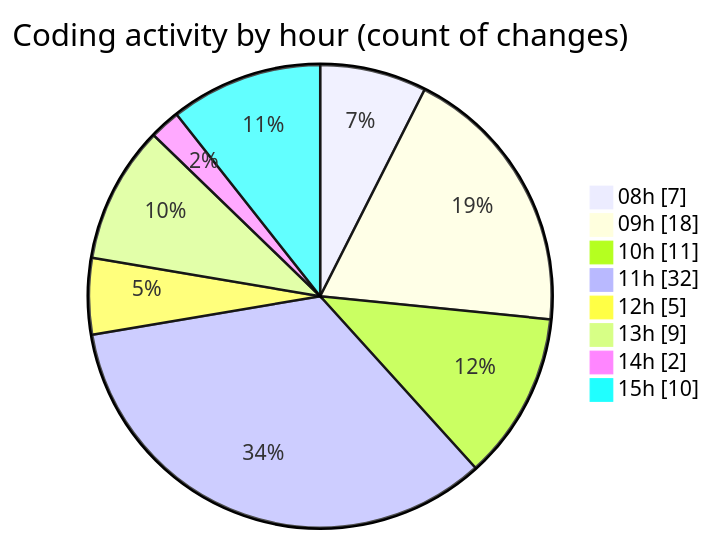
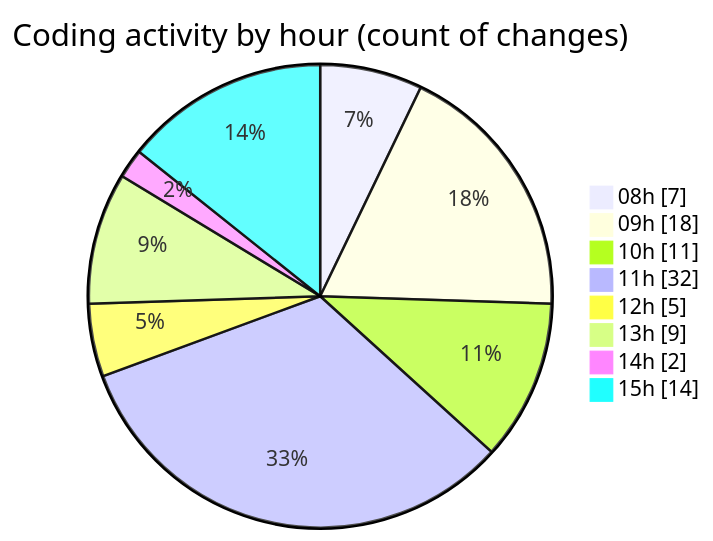
Before and after one commit to momahboobian/code-tracking: the second of 2 diagrams in 2025-11-11/cda/README.md, drawn with Mermaid. The commit also changed other lines of this file and 1 other file, not shown here.

````diff
--- a/2025-11-11/cda/README.md
+++ b/2025-11-11/cda/README.md
@@ -43,12 +45,12 @@
 ```mermaid
 pie showData
 title Coding activity by hour (count of changes)
 "08h" : 7
 "09h" : 18
 "10h" : 11
 "11h" : 32
 "12h" : 5
 "13h" : 9
 "14h" : 2
-"15h" : 10
+"15h" : 14
 ```
````
